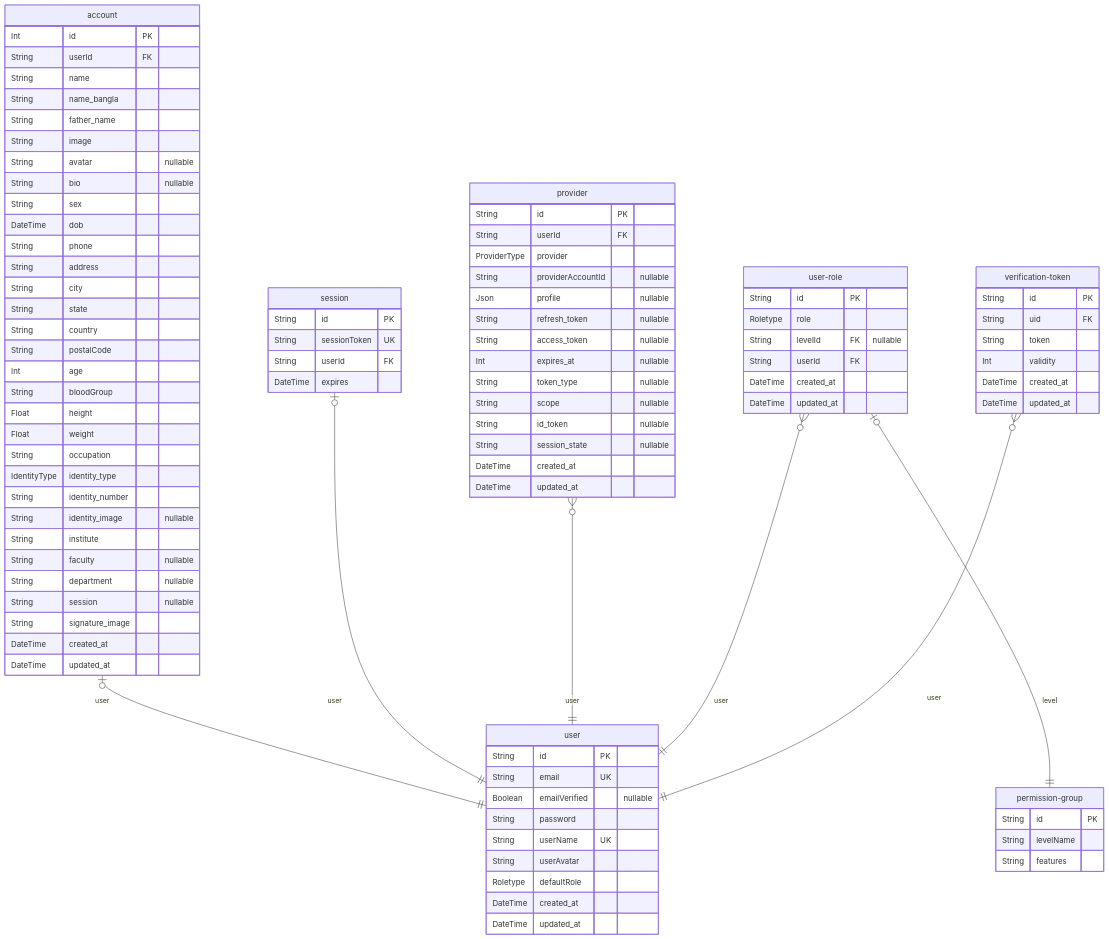
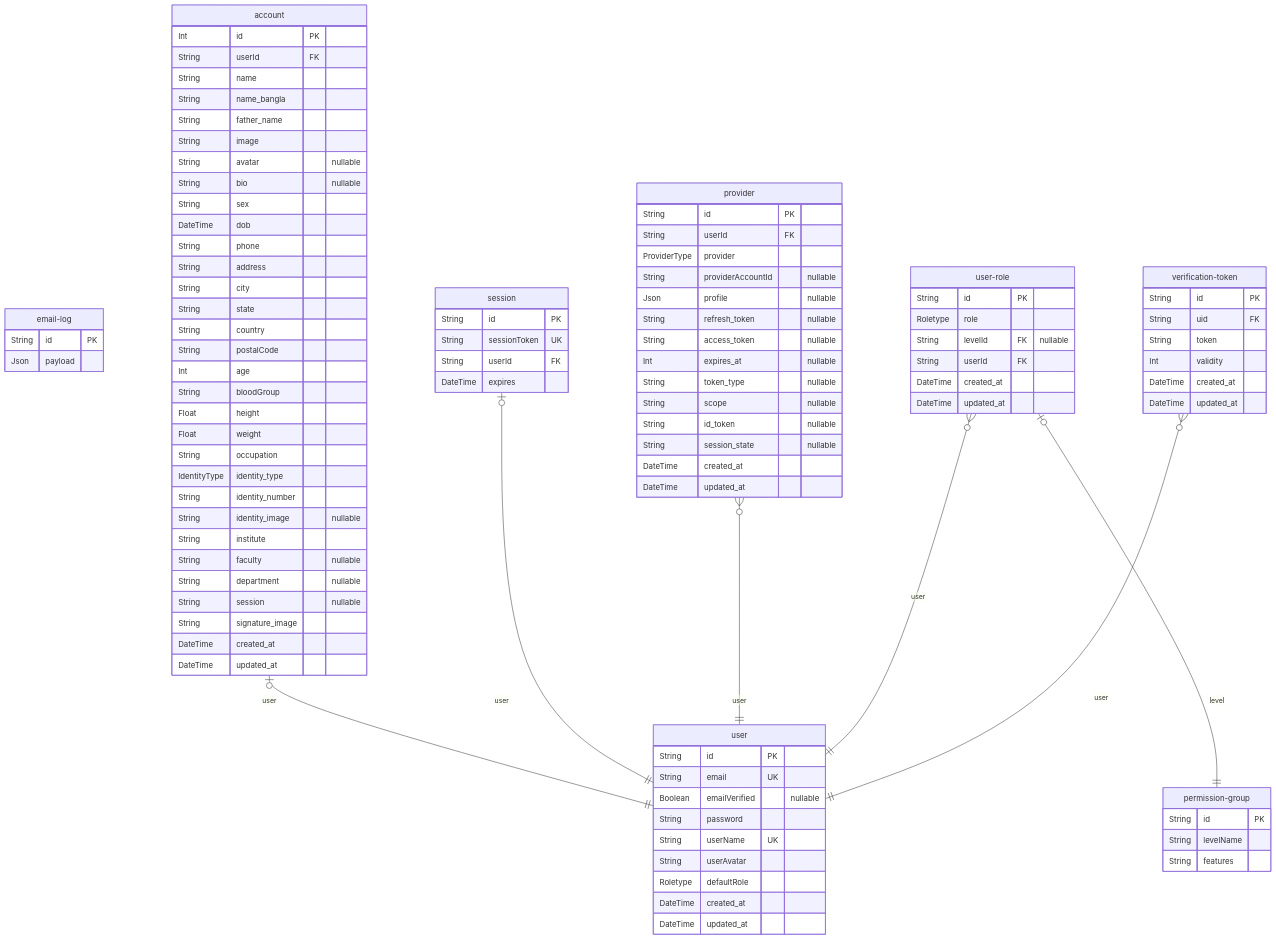
One commit to Hstu-dojo/HKDOfficial changed the diagram in public/erd/ERD.md. Above: the diagram before and after it, drawn with Mermaid. The commit also changed other lines of this file and 4 other files, not shown here.

````diff
--- a/public/erd/ERD.md
+++ b/public/erd/ERD.md
@@ -7,5 +7,9 @@
 ```mermaid
 erDiagram
+"email-log" {
+    String id PK
+    Json payload
+}
 "account" {
     Int id PK
     String userId FK
````
